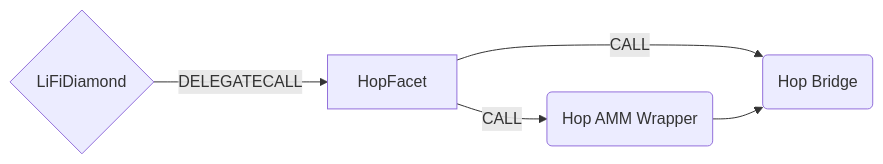
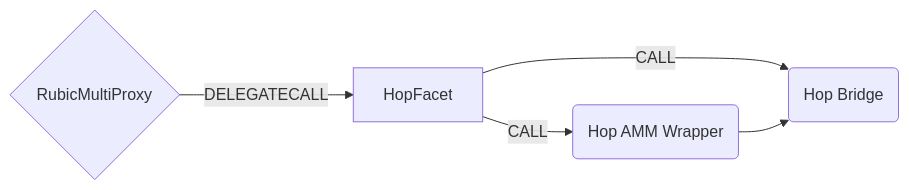
The diagram in docs/HopFacet.md (Cryptorubic/multi-proxy-rubic), drawn with Mermaid before and after one commit. The commit also changed other lines of this file and 82 other files, not shown here.

````diff
--- a/docs/HopFacet.md
+++ b/docs/HopFacet.md
@@ -7,6 +7,6 @@
 ```mermaid
 graph LR;
-    D{LiFiDiamond}-- DELEGATECALL -->HopFacet;
+    D{RubicMultiProxy}-- DELEGATECALL -->HopFacet;
     HopFacet -- CALL --> H(Hop Bridge)
     HopFacet -- CALL --> W(Hop AMM Wrapper) --> H
 ```
````
